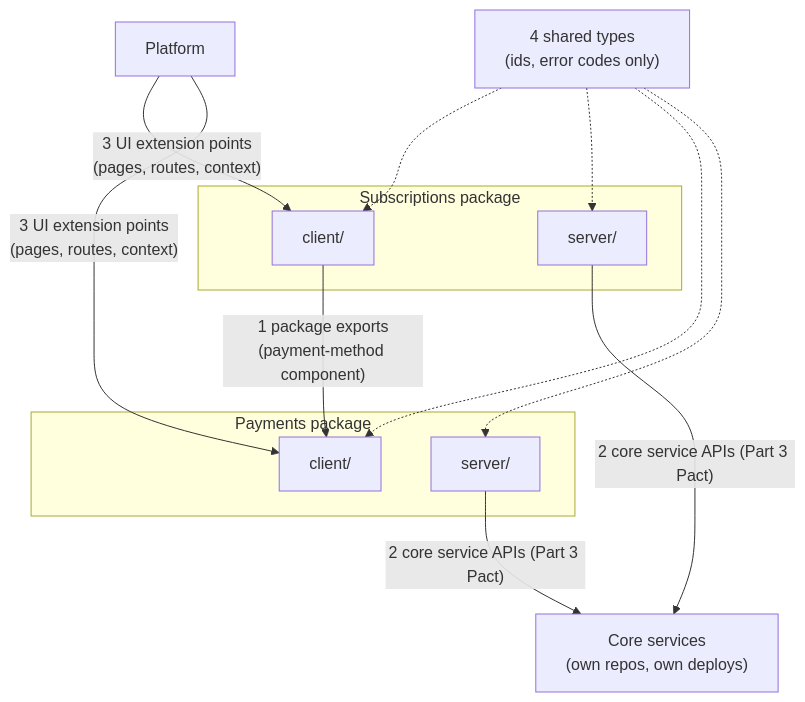
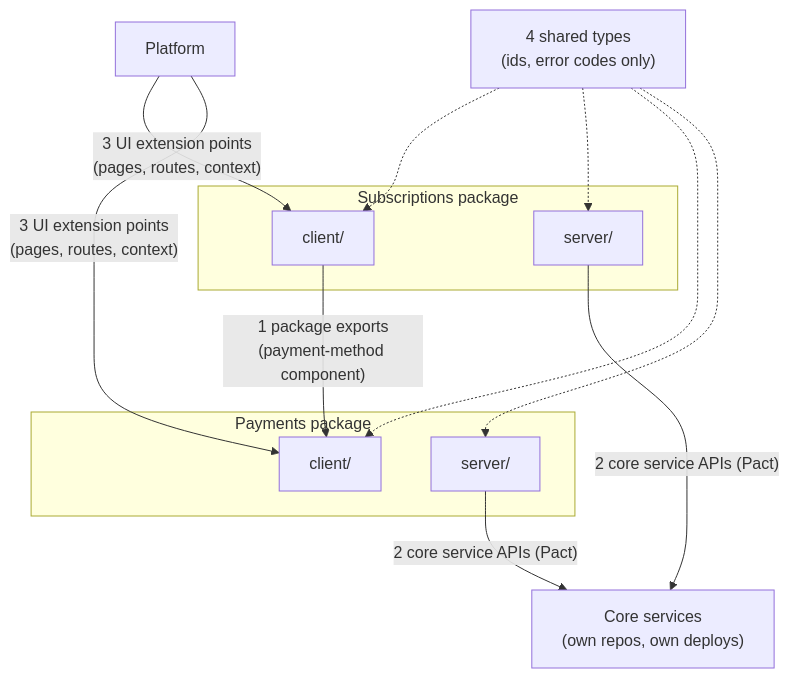
The first of 2 diagrams in src/content/docs/patterns/across-teams/integration-boundaries.md (all-boundaries/website), drawn with Mermaid before and after one commit. The commit also changed other lines of this file and 6 other files, not shown here.

````diff
--- a/src/content/docs/patterns/across-teams/integration-boundaries.md
+++ b/src/content/docs/patterns/across-teams/integration-boundaries.md
@@ -21,16 +21,16 @@
 ```mermaid
 flowchart TB
     Platform["Platform"] -- "3 UI extension points<br/>(pages, routes, context)" --> SC & PC
     subgraph Subs["Subscriptions package"]
         SC["client/"]
         SS["server/"]
     end
     subgraph Pay["Payments package"]
         PC["client/"]
         PS["server/"]
     end
     SC -- "1 package exports<br/>(payment-method component)" --> PC
-    SS -- "2 core service APIs (Part 3 Pact)" --> Core["Core services<br/>(own repos, own deploys)"]
-    PS -- "2 core service APIs (Part 3 Pact)" --> Core
+    SS -- "2 core service APIs (Pact)" --> Core["Core services<br/>(own repos, own deploys)"]
+    PS -- "2 core service APIs (Pact)" --> Core
     Shared["4 shared types<br/>(ids, error codes only)"] -.-> SC & SS & PC & PS
 ```
````
